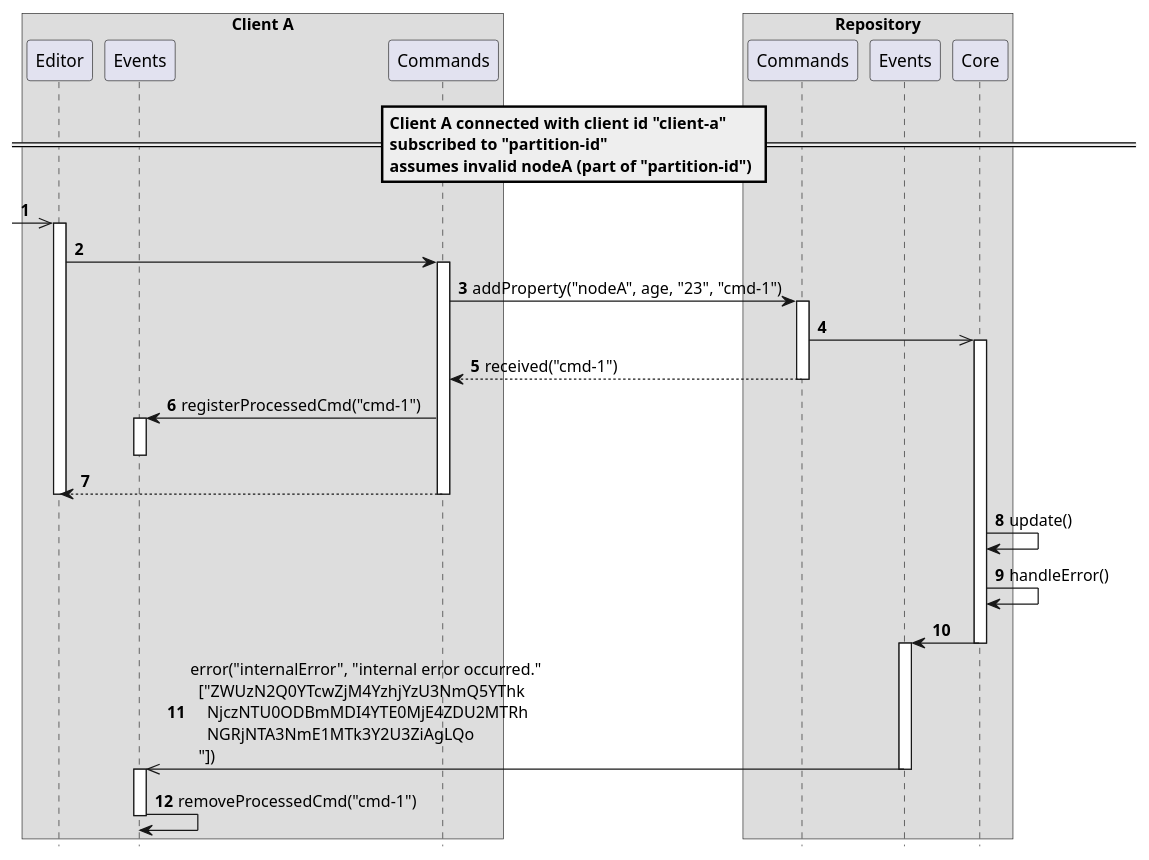
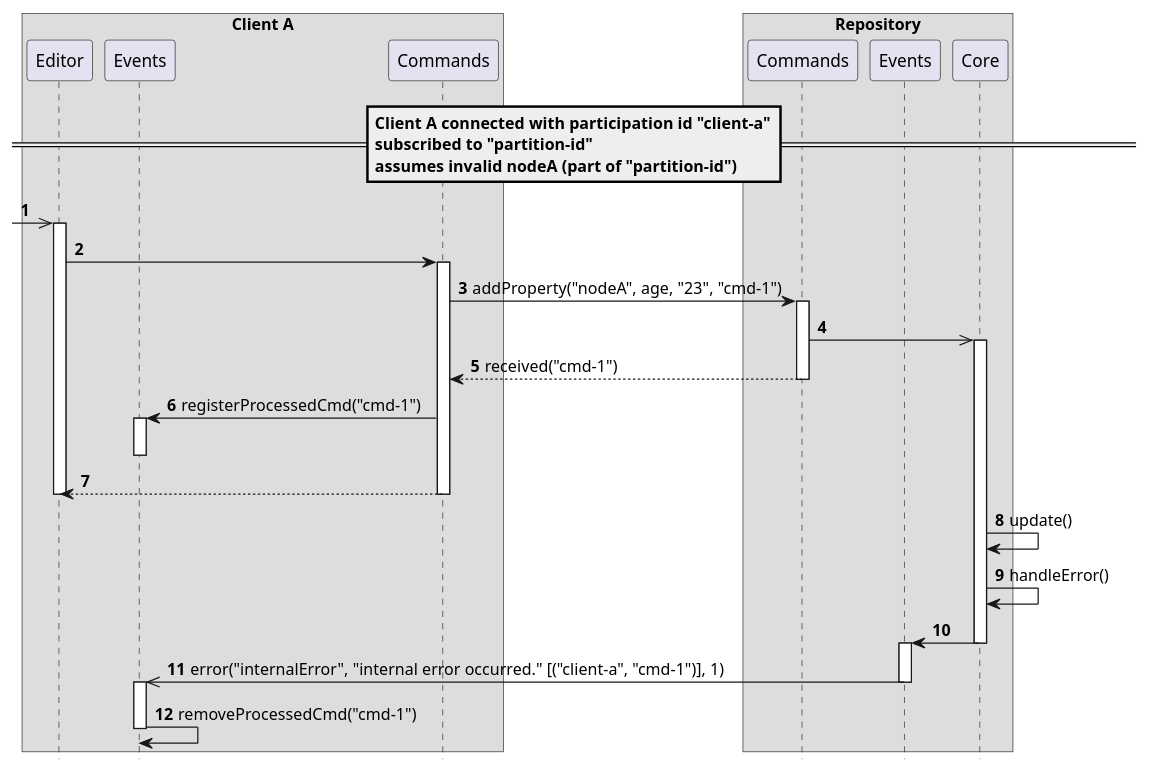
The diagram in delta/scenarios/repositoryBug.adoc (LionWeb-io/specification), drawn with PlantUML before and after one commit. The commit also changed other lines of this file and 20 other files, not shown here.

```diff
--- a/delta/scenarios/repositoryBug.adoc
+++ b/delta/scenarios/repositoryBug.adoc
@@ -2,48 +2,48 @@
 [plantuml,repositoryBug,svg]
 ----
 hide footbox
 autonumber
 
 box "Client A"
   participant Editor as editor
   participant Events as clientEvent
   participant Commands as clientCmd
 end box
 
 box "Repository"
   participant Commands as repoCmd
   participant Events as repoEvent
   participant Core as core
 end box
 
-== Client A connected with client id "client-a"\nsubscribed to "partition-id"\nassumes invalid nodeA (part of "partition-id") ==
+== Client A connected with participation id "client-a"\nsubscribed to "partition-id"\nassumes invalid nodeA (part of "partition-id") ==
 
 [->> editor ++
 editor -> clientCmd ++
 clientCmd -> repoCmd ++: addProperty("nodeA", age, "23", "cmd-1")
 repoCmd ->> core
 activate core
 clientCmd <-- repoCmd: received("cmd-1")
 deactivate repoCmd
 clientCmd -> clientEvent: registerProcessedCmd("cmd-1")
 activate clientEvent
 deactivate clientEvent
 deactivate repoCmd
 editor <-- clientCmd
 deactivate clientCmd
 deactivate editor
 
 core -> core: update()
 core -> core: handleError()
 
 core -> repoEvent
 deactivate core
 
 activate repoEvent
-clientEvent <<- repoEvent: error("internalError", "internal error occurred."\n  ["ZWUzN2Q0YTcwZjM4YzhjYzU3NmQ5YThk\n    NjczNTU0ODBmMDI4YTE0MjE4ZDU2MTRh\n    NGRjNTA3NmE1MTk3Y2U3ZiAgLQo\n  "])
+clientEvent <<- repoEvent: error("internalError", "internal error occurred." [("client-a", "cmd-1")], 1)
 deactivate repoEvent
 
 activate clientEvent
 clientEvent -> clientEvent: removeProcessedCmd("cmd-1")
 deactivate clientEvent
 ----
```
